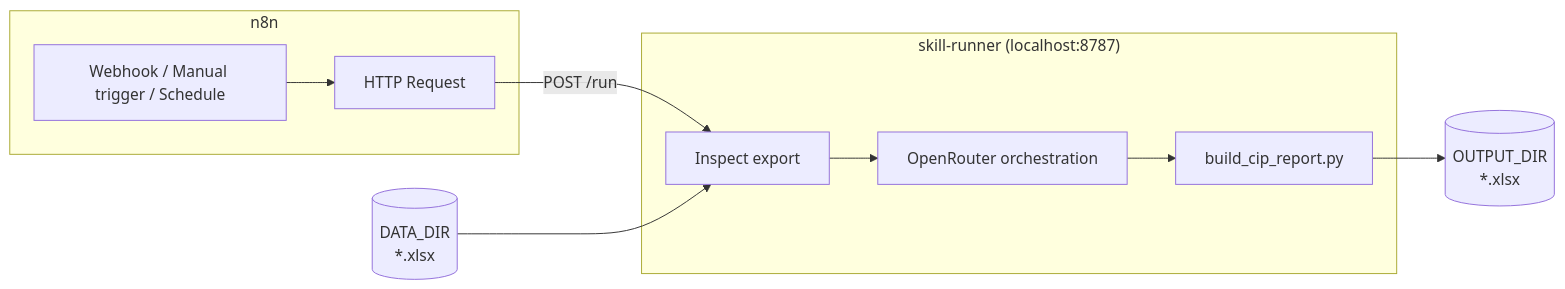
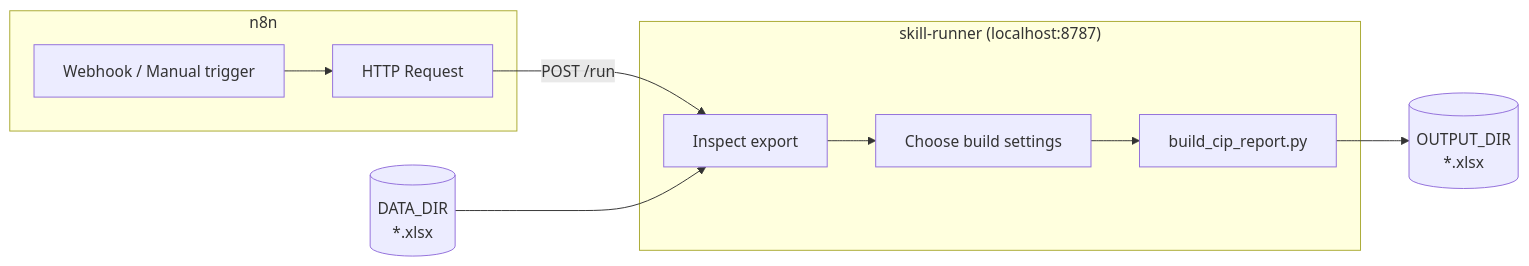
The diagram in README.md (treysl/skill-runner), drawn with Mermaid before and after one commit. The commit also changed other lines of this file, not shown here.

````diff
--- a/README.md
+++ b/README.md
@@ -19,19 +19,19 @@
 ```mermaid
 flowchart LR
   subgraph n8n
-    T[Webhook / Manual trigger / Schedule]
+    T[Webhook / Manual trigger]
     H[HTTP Request]
     T --> H
   end
   subgraph skill_runner["skill-runner (localhost:8787)"]
     I[Inspect export]
-    O[OpenRouter orchestration]
+    O[Choose build settings]
     B[build_cip_report.py]
     I --> O --> B
   end
   D[(DATA_DIR\n*.xlsx)]
   OUT[(OUTPUT_DIR\n*.xlsx)]
   H -->|POST /run| I
   D --> I
   B --> OUT
 ```
````
